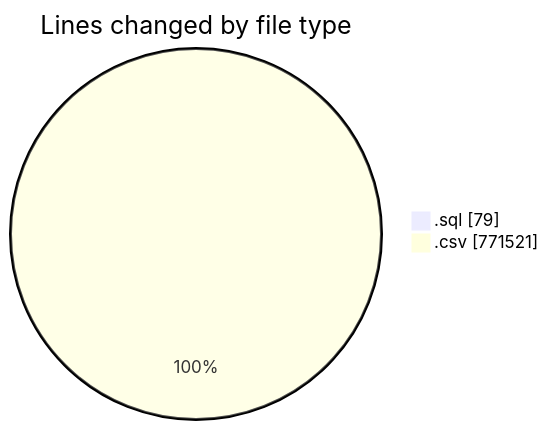
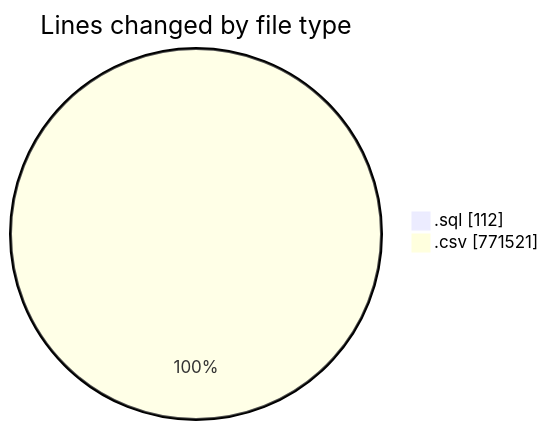
One commit to ricardozamudiocil/code-tracking changed the first of 2 diagrams in 2026-06-09/cilapp/README.md. Above: the diagram before and after it, drawn with Mermaid. The commit also changed other lines of this file and 1 other file, not shown here.

````diff
--- a/2026-06-09/cilapp/README.md
+++ b/2026-06-09/cilapp/README.md
@@ -24,6 +25,6 @@
 ```mermaid
 pie showData
 title Lines changed by file type
-".sql" : 79
+".sql" : 112
 ".csv" : 771521
 ```
````
